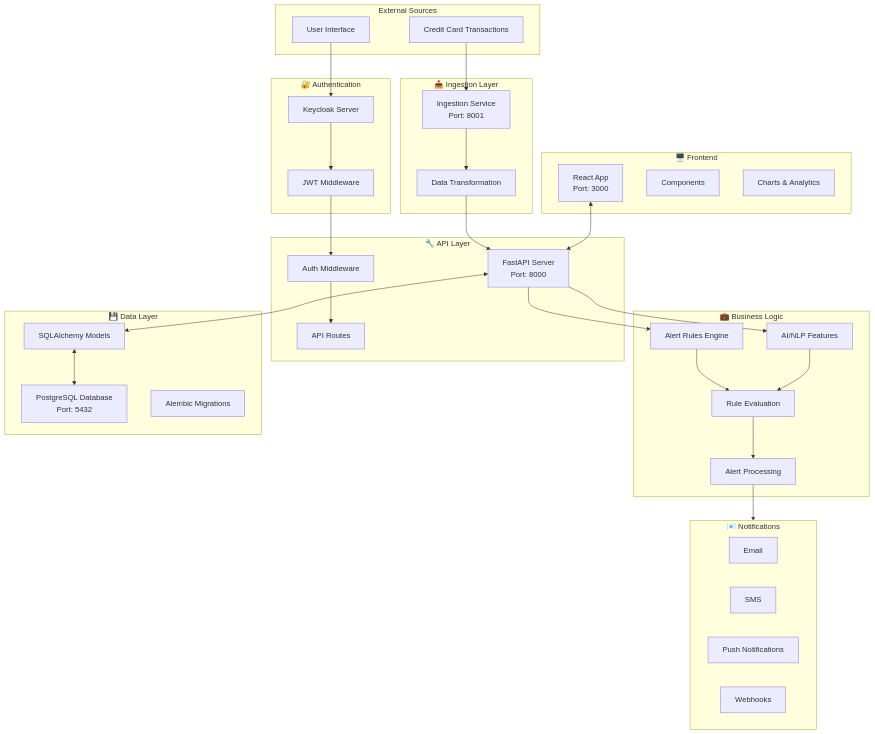
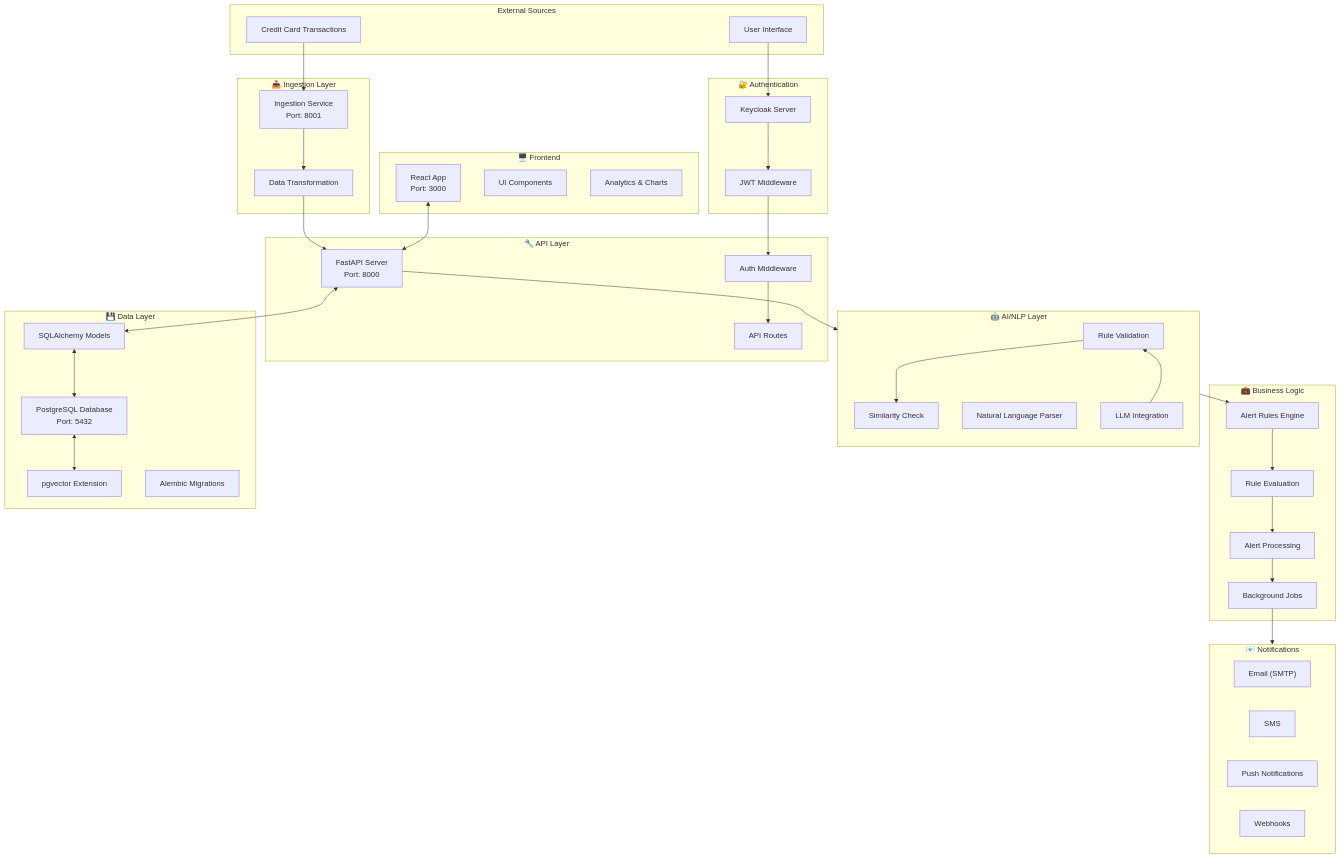
Before and after one commit to yashoza19/spending-transaction-monitor: the first of 3 diagrams in docs/DEVELOPER_GUIDE.md, drawn with Mermaid. The commit also changed other lines of this file and 2 other files, not shown here.

````diff
--- a/docs/DEVELOPER_GUIDE.md
+++ b/docs/DEVELOPER_GUIDE.md
@@ -45,17 +50,26 @@
         ROUTES["API Routes"]
     end
 
+    %% AI/NLP Layer
+    subgraph AI["🤖 AI/NLP Layer"]
+        VALIDATE["Rule Validation"]
+        SIMILARITY["Similarity Check"]
+        PARSER["Natural Language Parser"]
+        LLM["LLM Integration"]
+    end
+
     %% Business Logic Layer
     subgraph BIZ["💼 Business Logic"]
         RULES["Alert Rules Engine"]
         EVAL["Rule Evaluation"]
         ALERTS["Alert Processing"]
-        AI["AI/NLP Features"]
+        QUEUE["Background Jobs"]
     end
 
     %% Data Layer
     subgraph DATA["💾 Data Layer"]
         POSTGRES["PostgreSQL Database<br/>Port: 5432"]
+        VECTOR["pgvector Extension"]
         MODELS["SQLAlchemy Models"]
         MIGRATIONS["Alembic Migrations"]
     end
@@ -63,13 +77,13 @@
     %% Frontend Layer
     subgraph UI["🖥️ Frontend"]
         REACT["React App<br/>Port: 3000"]
-        COMP["Components"]
-        CHARTS["Charts & Analytics"]
+        COMP["UI Components"]
+        CHARTS["Analytics & Charts"]
     end
 
     %% External Services
     subgraph NOTIFY["📧 Notifications"]
-        EMAIL["Email"]
+        EMAIL["Email (SMTP)"]
         SMS["SMS"] 
         PUSH["Push Notifications"]
         WEBHOOK["Webhooks"]
@@ -85,17 +99,21 @@
     JWT --> MIDDLEWARE
     MIDDLEWARE --> ROUTES
     
-    FASTAPI --> RULES
+    FASTAPI --> AI
+    AI --> RULES
     RULES --> EVAL
     EVAL --> ALERTS
-    ALERTS --> NOTIFY
+    ALERTS --> QUEUE
+    QUEUE --> NOTIFY
     
     FASTAPI <--> MODELS
     MODELS <--> POSTGRES
+    POSTGRES <--> VECTOR
     
     REACT <--> FASTAPI
     
     %% AI Integration
-    FASTAPI --> AI
-    AI --> EVAL
+    AI --> LLM
+    LLM --> VALIDATE
+    VALIDATE --> SIMILARITY
 ```
````
